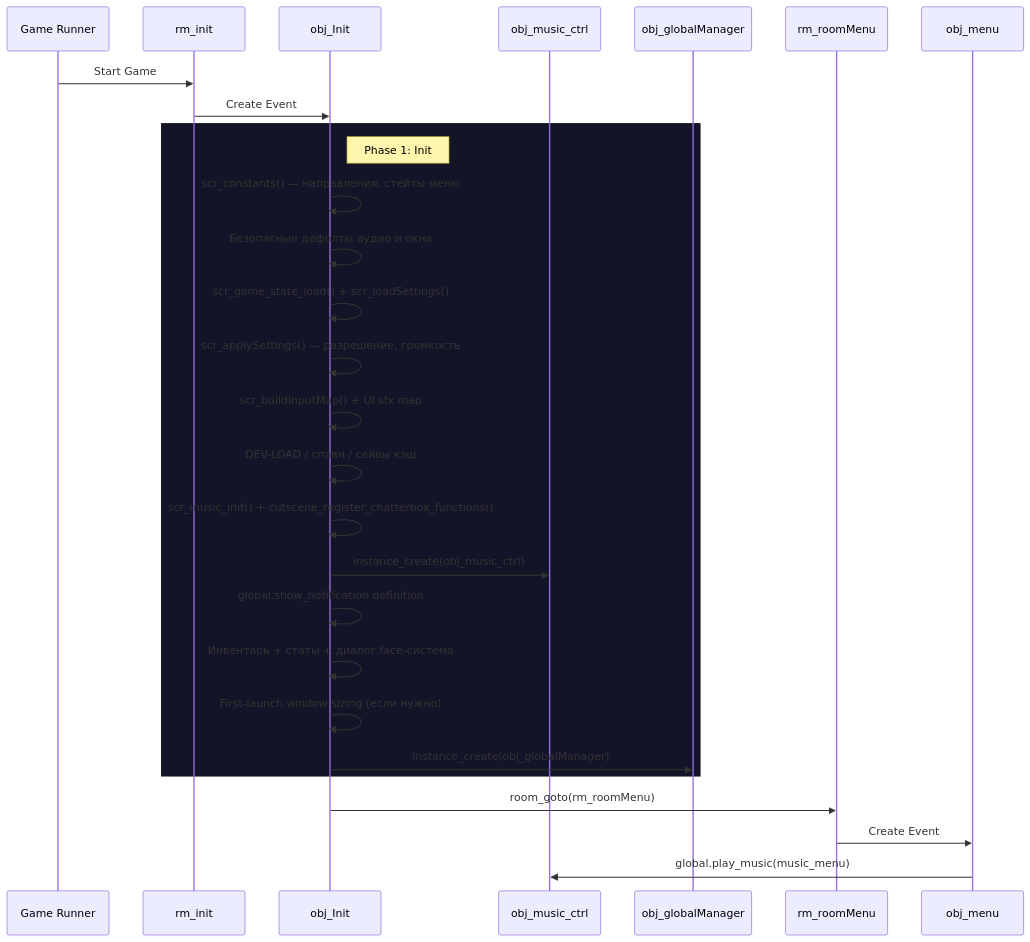
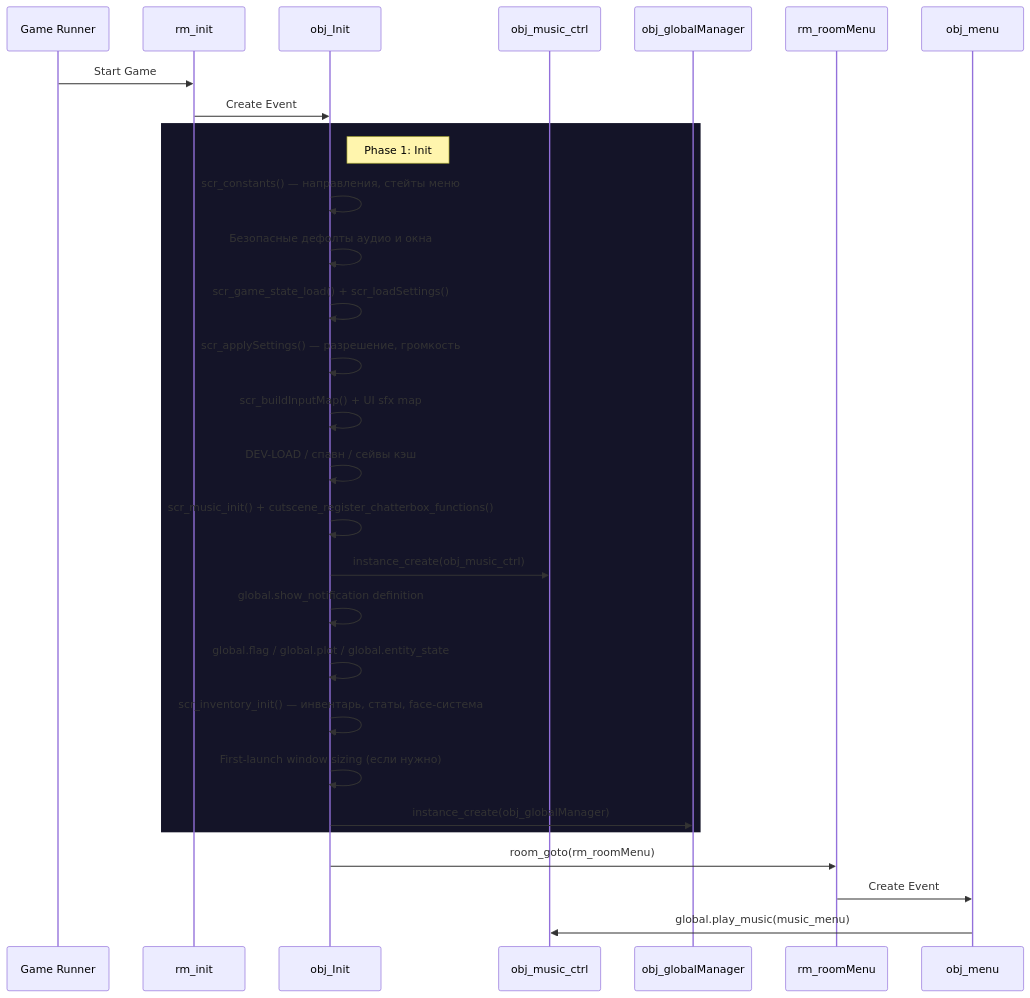
One commit to nos0uls/Undefined-documentation changed the diagram in docs/architecture/initialization.md. Above: the diagram before and after it, drawn with Mermaid. The commit also changed other lines of this file and 15 other files, not shown here.

````diff
--- a/docs/architecture/initialization.md
+++ b/docs/architecture/initialization.md
@@ -18,33 +18,34 @@
 ```mermaid
 sequenceDiagram
     participant Runner as Game Runner
     participant R_Init as rm_init
     participant O_Init as obj_Init
     participant O_Music as obj_music_ctrl
     participant O_Global as obj_globalManager
     participant R_Menu as rm_roomMenu
     participant O_Menu as obj_menu
 
     Runner->>R_Init: Start Game
     R_Init->>O_Init: Create Event
 
     rect rgb(20, 20, 40)
         note right of O_Init: Phase 1: Init
         O_Init->>O_Init: scr_constants() — направления, стейты меню
         O_Init->>O_Init: Безопасные дефолты аудио и окна
         O_Init->>O_Init: scr_game_state_load() + scr_loadSettings()
         O_Init->>O_Init: scr_applySettings() — разрешение, громкость
         O_Init->>O_Init: scr_buildInputMap() + UI sfx map
         O_Init->>O_Init: DEV-LOAD / спавн / сейвы кэш
         O_Init->>O_Init: scr_music_init() + cutscene_register_chatterbox_functions()
         O_Init->>O_Music: instance_create(obj_music_ctrl)
         O_Init->>O_Init: global.show_notification definition
-        O_Init->>O_Init: Инвентарь + статы + диалог face-система
+        O_Init->>O_Init: global.flag / global.plot / global.entity_state
+        O_Init->>O_Init: scr_inventory_init() — инвентарь, статы, face-система
         O_Init->>O_Init: First-launch window sizing (если нужно)
         O_Init->>O_Global: instance_create(obj_globalManager)
     end
 
     O_Init->>R_Menu: room_goto(rm_roomMenu)
     R_Menu->>O_Menu: Create Event
     O_Menu->>O_Music: global.play_music(music_menu)
 ```
````
